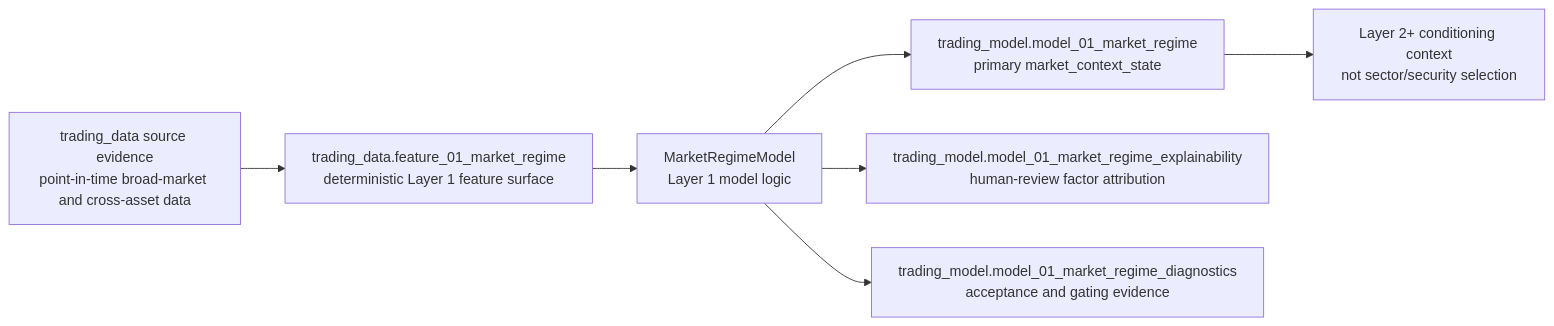
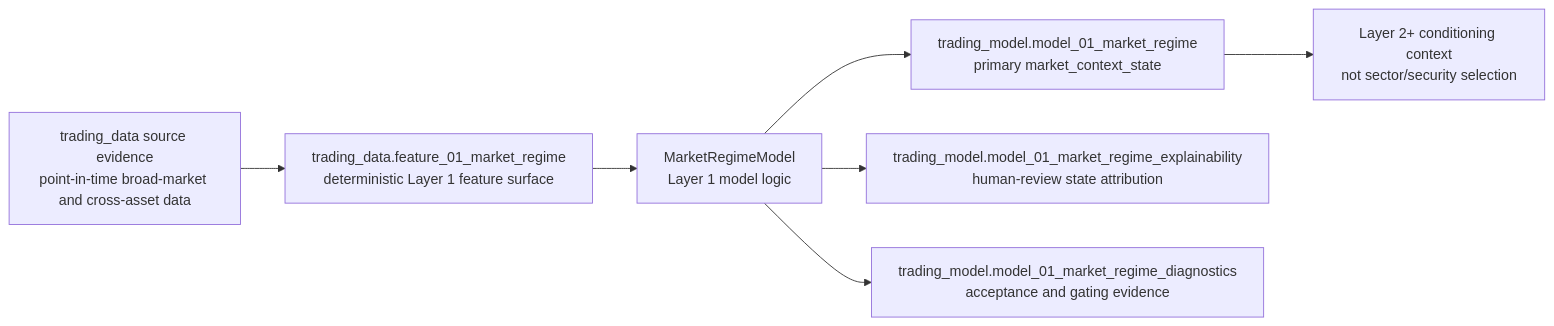
One commit to gilmore307/trading-model changed the diagram in docs/02_layer_01_market_regime.md. Above: the diagram before and after it, drawn with Mermaid. The commit also changed other lines of this file and 21 other files, not shown here.

````diff
--- a/docs/02_layer_01_market_regime.md
+++ b/docs/02_layer_01_market_regime.md
@@ -15,15 +17,15 @@
 ```mermaid
 flowchart LR
     source["trading_data source evidence<br/>point-in-time broad-market and cross-asset data"]
     feature["trading_data.feature_01_market_regime<br/>deterministic Layer 1 feature surface"]
     model["MarketRegimeModel<br/>Layer 1 model logic"]
     output["trading_model.model_01_market_regime<br/>primary market_context_state"]
-    explain["trading_model.model_01_market_regime_explainability<br/>human-review factor attribution"]
+    explain["trading_model.model_01_market_regime_explainability<br/>human-review state attribution"]
     diagnostics["trading_model.model_01_market_regime_diagnostics<br/>acceptance and gating evidence"]
     downstream["Layer 2+ conditioning context<br/>not sector/security selection"]
 
     source --> feature --> model
     model --> output --> downstream
     model --> explain
     model --> diagnostics
 ```
````
